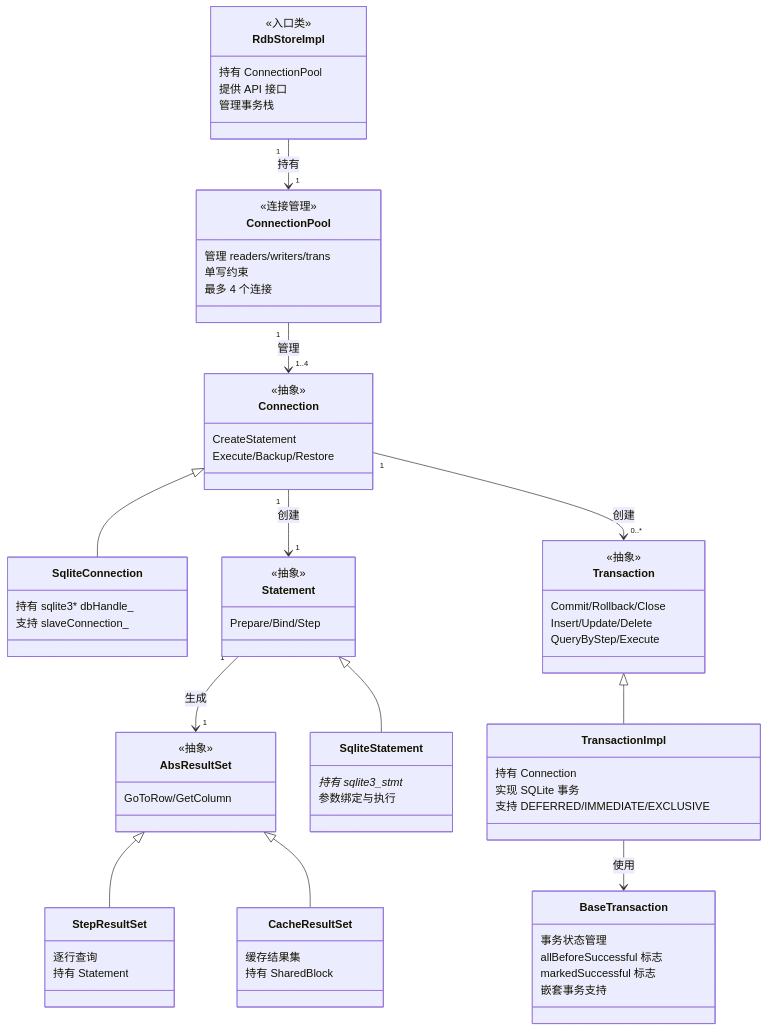
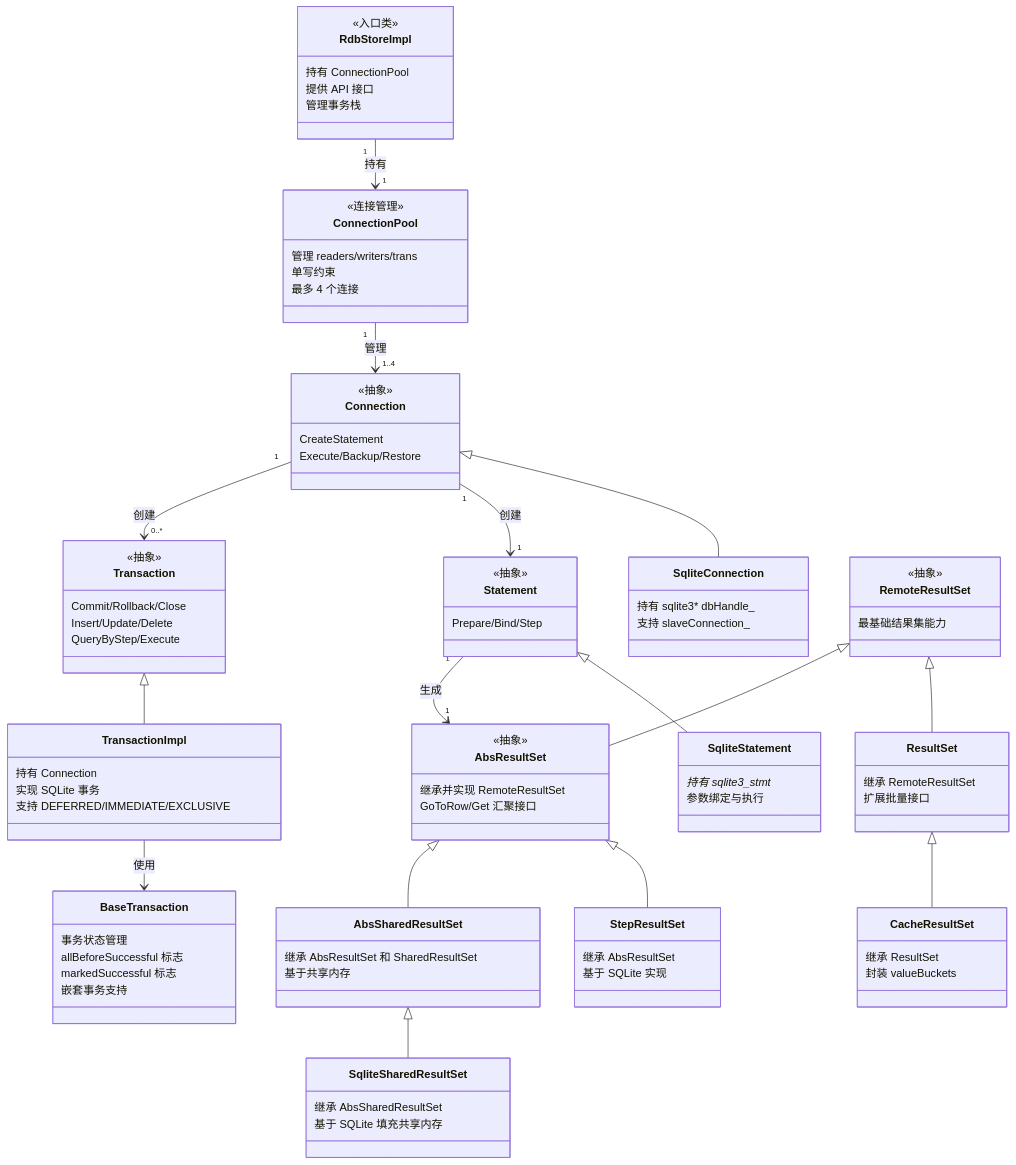
Before and after one commit to openharmony/distributeddatamgr_relational_store: the diagram in docs/rdb_native.md, drawn with Mermaid. The commit also changed other lines of this file, not shown here.

Commit message:
docs: 根据检视意见更新 rdb_native.md ResultSet 继承体系
1. 补充 RemoteResultSet/ResultSet/AbsSharedResultSet/SqliteSharedResultSet 继承链路

2. 删除目录结构中 base_transaction.h 和 base_transaction.cpp

3. 补充 abs_shared_result_set.h 到目录结构

🤖‍ AI[100%] 👌 AI Adopted[100%] 🧑 Human[0%]

````diff
--- a/docs/rdb_native.md
+++ b/docs/rdb_native.md
@@ -61,19 +61,40 @@
         参数绑定与执行
     }
 
+    class RemoteResultSet {
+        <<抽象>>
+        最基础结果集能力
+    }
+
+    class ResultSet {
+        继承 RemoteResultSet
+        扩展批量接口
+    }
+
     class AbsResultSet {
         <<抽象>>
-        GoToRow/GetColumn
+        继承并实现 RemoteResultSet
+        GoToRow/Get 汇聚接口
     }
 
     class StepResultSet {
-        逐行查询
-        持有 Statement
+        继承 AbsResultSet
+        基于 SQLite 实现
     }
 
     class CacheResultSet {
-        缓存结果集
-        持有 SharedBlock
+        继承 ResultSet
+        封装 valueBuckets
+    }
+
+    class AbsSharedResultSet {
+        继承 AbsResultSet 和 SharedResultSet
+        基于共享内存
+    }
+
+    class SqliteSharedResultSet {
+        继承 AbsSharedResultSet
+        基于 SQLite 填充共享内存
     }
 
     RdbStoreImpl "1" --> "1" ConnectionPool : 持有
@@ -85,6 +106,10 @@
     Statement "1" --> "1" AbsResultSet : 生成
     Transaction <|-- TransactionImpl
     TransactionImpl --> BaseTransaction : 使用
+    RemoteResultSet <|-- ResultSet
+    RemoteResultSet <|-- AbsResultSet
     AbsResultSet <|-- StepResultSet
-    AbsResultSet <|-- CacheResultSet
+    AbsResultSet <|-- AbsSharedResultSet
+    ResultSet <|-- CacheResultSet
+    AbsSharedResultSet <|-- SqliteSharedResultSet
 ```
````
